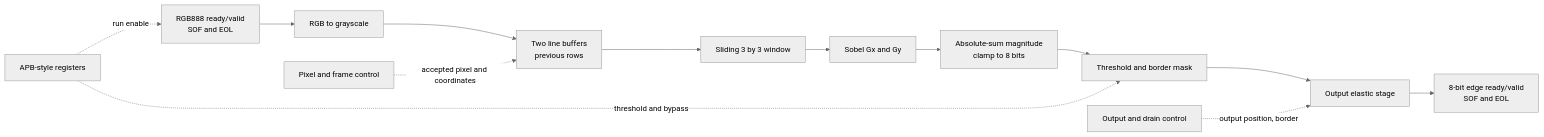
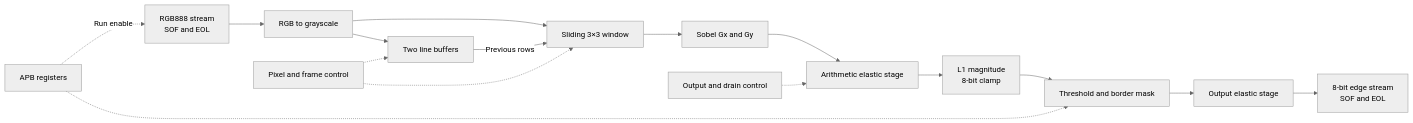
One commit to dilanj123/Power-to-GDS changed the diagram in README.md. Above: the diagram before and after it, drawn with Mermaid (neutral theme). The commit also changed other lines of this file, not shown here.

Commit message:
Correct README pipeline diagram and source paths

````diff
--- a/README.md
+++ b/README.md
@@ -15,15 +15,21 @@
 ```mermaid
 flowchart LR
-    IN[RGB888 ready/valid<br/>SOF and EOL] --> GRAY[RGB to grayscale]
-    GRAY --> LB[Two line buffers<br/>previous rows]
-    LB --> WIN[Sliding 3 by 3 window]
-    WIN --> SOBEL[Sobel Gx and Gy]
-    SOBEL --> MAG[Absolute-sum magnitude<br/>clamp to 8 bits]
-    MAG --> THR[Threshold and border mask]
-    THR --> EL[Output elastic stage]
-    EL --> OUT[8-bit edge ready/valid<br/>SOF and EOL]
-    APB[APB-style registers] -. threshold and bypass .-> THR
-    APB -. run enable .-> IN
-    PC[Pixel and frame control] -. accepted pixel and coordinates .-> LB
-    OC[Output and drain control] -. output position, border .-> EL
+    IN["RGB888 stream<br/>SOF and EOL"] --> GRAY["RGB to grayscale"]
+
+    GRAY --> LB["Two line buffers"]
+    GRAY --> WIN["Sliding 3×3 window"]
+    LB -- "Previous rows" --> WIN
+
+    WIN --> SOBEL["Sobel Gx and Gy"]
+    SOBEL --> ARITH["Arithmetic elastic stage"]
+    ARITH --> MAG["L1 magnitude<br/>8-bit clamp"]
+    MAG --> THR["Threshold and border mask"]
+    THR --> EL["Output elastic stage"]
+    EL --> OUT["8-bit edge stream<br/>SOF and EOL"]
+
+    PC["Pixel and frame control"] -.-> LB
+    PC -.-> WIN
+    OC["Output and drain control"] -.-> ARITH
+    APB["APB registers"] -.-> THR
+    APB -. "Run enable" .-> IN
 ```
````
